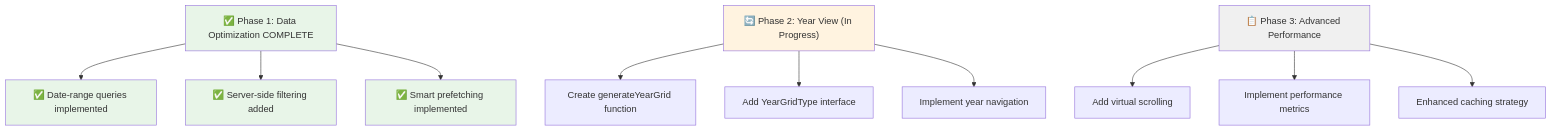
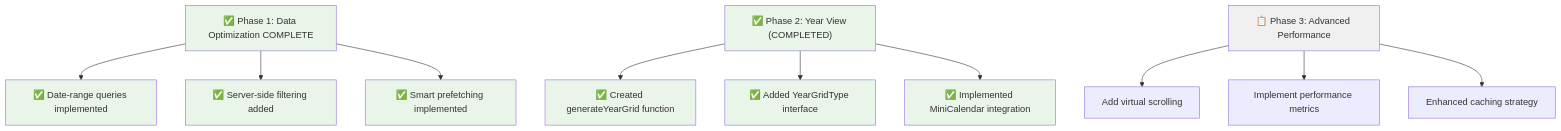
One commit to wakidurrahman/meeting-schedule-apps changed the eighth of 8 diagrams in docs/MEETING_SCHEDULER_IMPLEMENTATION.md. Above: the diagram before and after it, drawn with Mermaid. The commit also changed other lines of this file and 8 other files, not shown here.

````diff
--- a/docs/MEETING_SCHEDULER_IMPLEMENTATION.md
+++ b/docs/MEETING_SCHEDULER_IMPLEMENTATION.md
@@ -1394,21 +1491,24 @@
 ```mermaid
 graph TD
     A["✅ Phase 1: Data Optimization COMPLETE"] --> B["✅ Date-range queries implemented"]
     A --> C["✅ Server-side filtering added"]
     A --> D["✅ Smart prefetching implemented"]
 
-    E["🔄 Phase 2: Year View (In Progress)"] --> F["Create generateYearGrid function"]
-    E --> G["Add YearGridType interface"]
-    E --> H["Implement year navigation"]
+    E["✅ Phase 2: Year View (COMPLETED)"] --> F["✅ Created generateYearGrid function"]
+    E --> G["✅ Added YearGridType interface"]
+    E --> H["✅ Implemented MiniCalendar integration"]
 
     I["📋 Phase 3: Advanced Performance"] --> J["Add virtual scrolling"]
     I --> K["Implement performance metrics"]
     I --> L["Enhanced caching strategy"]
 
     style A fill:#e8f5e8
     style B fill:#e8f5e8
     style C fill:#e8f5e8
     style D fill:#e8f5e8
-    style E fill:#fff3e0
+    style E fill:#e8f5e8
+    style F fill:#e8f5e8
+    style G fill:#e8f5e8
+    style H fill:#e8f5e8
     style I fill:#f0f0f0
 ```
````
